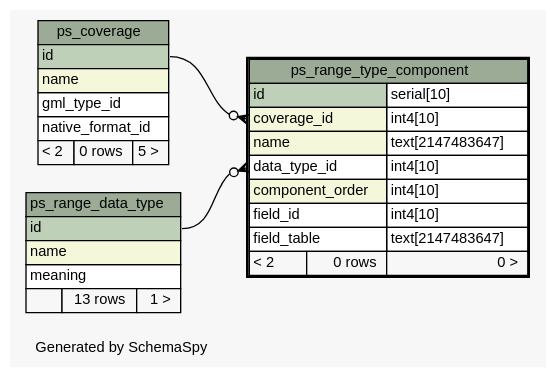
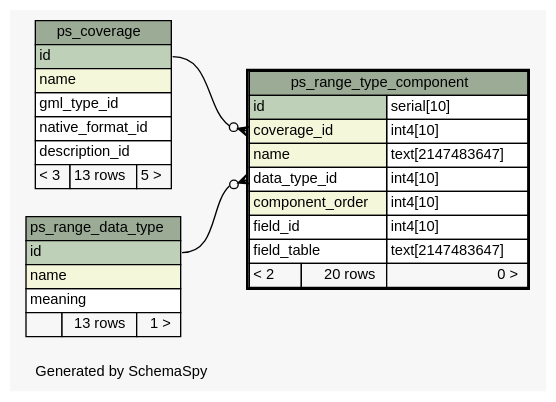
The diagram in manuals_and_examples/manuals/doc-petascope/dbschema/schema/diagrams/ps_range_type_component.1degree.dot (kalxas/rasdaman), drawn with Graphviz before and after one commit. The commit also changed 173 other files, not shown here.

Commit message:
ticket:567 - Update SchemaSpy documentation to include petascopedb updates #9 to #13.

```diff
--- a/manuals_and_examples/manuals/doc-petascope/dbschema/schema/diagrams/ps_range_type_component.1degree.dot
+++ b/manuals_and_examples/manuals/doc-petascope/dbschema/schema/diagrams/ps_range_type_component.1degree.dot
@@ -1,65 +1,66 @@
-// dot 2.26.3 on Linux 3.2.0-58-generic
+// dot 2.26.3 on Linux 3.2.0-65-generic
 // SchemaSpy rev 590
 digraph "oneDegreeRelationshipsDiagram" {
   graph [
     rankdir="RL"
     bgcolor="#f7f7f7"
     label="\nGenerated by SchemaSpy"
     labeljust="l"
     nodesep="0.18"
     ranksep="0.46"
     fontname="Helvetica"
     fontsize="11"
   ];
   node [
     fontname="Helvetica"
     fontsize="11"
     shape="plaintext"
   ];
   edge [
     arrowsize="0.8"
   ];
   "ps_range_type_component":"coverage_id":w -> "ps_coverage":"id":e [arrowhead=none dir=back arrowtail=crowodot];
   "ps_range_type_component":"data_type_id":w -> "ps_range_data_type":"id":e [arrowhead=none dir=back arrowtail=crowodot];
   "ps_coverage" [
     label=<
     <TABLE BORDER="0" CELLBORDER="1" CELLSPACING="0" BGCOLOR="#ffffff">
       <TR><TD COLSPAN="3" BGCOLOR="#9bab96" ALIGN="CENTER">ps_coverage</TD></TR>
       <TR><TD PORT="id" COLSPAN="3" BGCOLOR="#bed1b8" ALIGN="LEFT">id</TD></TR>
       <TR><TD PORT="name" COLSPAN="3" BGCOLOR="#f4f7da" ALIGN="LEFT">name</TD></TR>
       <TR><TD PORT="gml_type_id" COLSPAN="3" ALIGN="LEFT">gml_type_id</TD></TR>
       <TR><TD PORT="native_format_id" COLSPAN="3" ALIGN="LEFT">native_format_id</TD></TR>
-      <TR><TD ALIGN="LEFT" BGCOLOR="#f7f7f7">&lt; 2</TD><TD ALIGN="RIGHT" BGCOLOR="#f7f7f7">0 rows</TD><TD ALIGN="RIGHT" BGCOLOR="#f7f7f7">5 &gt;</TD></TR>
+      <TR><TD PORT="description_id" COLSPAN="3" ALIGN="LEFT">description_id</TD></TR>
+      <TR><TD ALIGN="LEFT" BGCOLOR="#f7f7f7">&lt; 3</TD><TD ALIGN="RIGHT" BGCOLOR="#f7f7f7">13 rows</TD><TD ALIGN="RIGHT" BGCOLOR="#f7f7f7">5 &gt;</TD></TR>
     </TABLE>>
     URL="ps_coverage.html"
     tooltip="ps_coverage"
   ];
   "ps_range_data_type" [
     label=<
     <TABLE BORDER="0" CELLBORDER="1" CELLSPACING="0" BGCOLOR="#ffffff">
       <TR><TD COLSPAN="3" BGCOLOR="#9bab96" ALIGN="CENTER">ps_range_data_type</TD></TR>
       <TR><TD PORT="id" COLSPAN="3" BGCOLOR="#bed1b8" ALIGN="LEFT">id</TD></TR>
       <TR><TD PORT="name" COLSPAN="3" BGCOLOR="#f4f7da" ALIGN="LEFT">name</TD></TR>
       <TR><TD PORT="meaning" COLSPAN="3" ALIGN="LEFT">meaning</TD></TR>
       <TR><TD ALIGN="LEFT" BGCOLOR="#f7f7f7">  </TD><TD ALIGN="RIGHT" BGCOLOR="#f7f7f7">13 rows</TD><TD ALIGN="RIGHT" BGCOLOR="#f7f7f7">1 &gt;</TD></TR>
     </TABLE>>
     URL="ps_range_data_type.html"
     tooltip="ps_range_data_type"
   ];
   "ps_range_type_component" [
     label=<
     <TABLE BORDER="2" CELLBORDER="1" CELLSPACING="0" BGCOLOR="#ffffff">
       <TR><TD COLSPAN="3" BGCOLOR="#9bab96" ALIGN="CENTER">ps_range_type_component</TD></TR>
       <TR><TD PORT="id" COLSPAN="2" BGCOLOR="#bed1b8" ALIGN="LEFT">id</TD><TD PORT="id.type" ALIGN="LEFT">serial[10]</TD></TR>
       <TR><TD PORT="coverage_id" COLSPAN="2" BGCOLOR="#f4f7da" ALIGN="LEFT">coverage_id</TD><TD PORT="coverage_id.type" ALIGN="LEFT">int4[10]</TD></TR>
       <TR><TD PORT="name" COLSPAN="2" BGCOLOR="#f4f7da" ALIGN="LEFT">name</TD><TD PORT="name.type" ALIGN="LEFT">text[2147483647]</TD></TR>
       <TR><TD PORT="data_type_id" COLSPAN="2" ALIGN="LEFT">data_type_id</TD><TD PORT="data_type_id.type" ALIGN="LEFT">int4[10]</TD></TR>
       <TR><TD PORT="component_order" COLSPAN="2" BGCOLOR="#f4f7da" ALIGN="LEFT">component_order</TD><TD PORT="component_order.type" ALIGN="LEFT">int4[10]</TD></TR>
       <TR><TD PORT="field_id" COLSPAN="2" ALIGN="LEFT">field_id</TD><TD PORT="field_id.type" ALIGN="LEFT">int4[10]</TD></TR>
       <TR><TD PORT="field_table" COLSPAN="2" ALIGN="LEFT">field_table</TD><TD PORT="field_table.type" ALIGN="LEFT">text[2147483647]</TD></TR>
-      <TR><TD ALIGN="LEFT" BGCOLOR="#f7f7f7">&lt; 2</TD><TD ALIGN="RIGHT" BGCOLOR="#f7f7f7">0 rows</TD><TD ALIGN="RIGHT" BGCOLOR="#f7f7f7">0 &gt;</TD></TR>
+      <TR><TD ALIGN="LEFT" BGCOLOR="#f7f7f7">&lt; 2</TD><TD ALIGN="RIGHT" BGCOLOR="#f7f7f7">20 rows</TD><TD ALIGN="RIGHT" BGCOLOR="#f7f7f7">0 &gt;</TD></TR>
     </TABLE>>
     URL="ps_range_type_component.html"
     tooltip="ps_range_type_component"
   ];
 }
```
